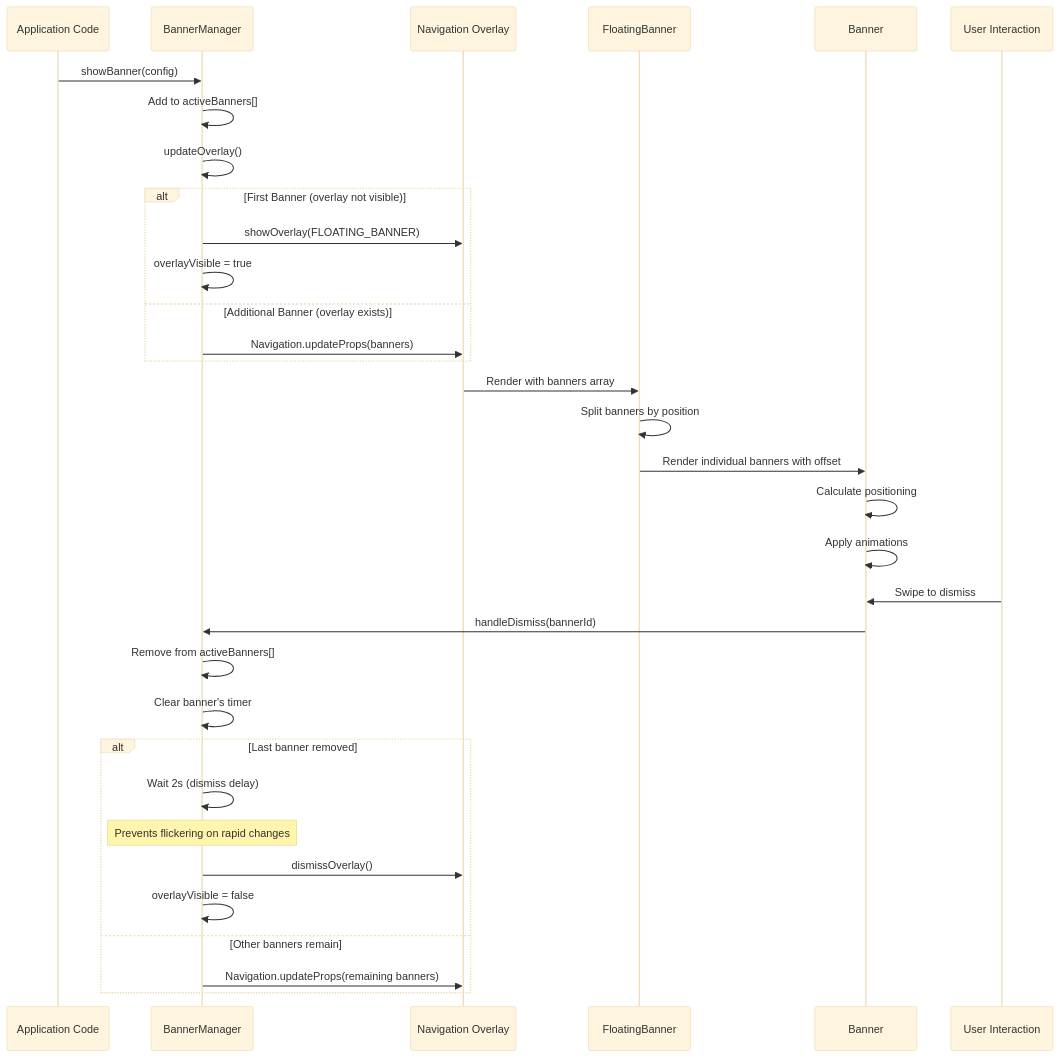
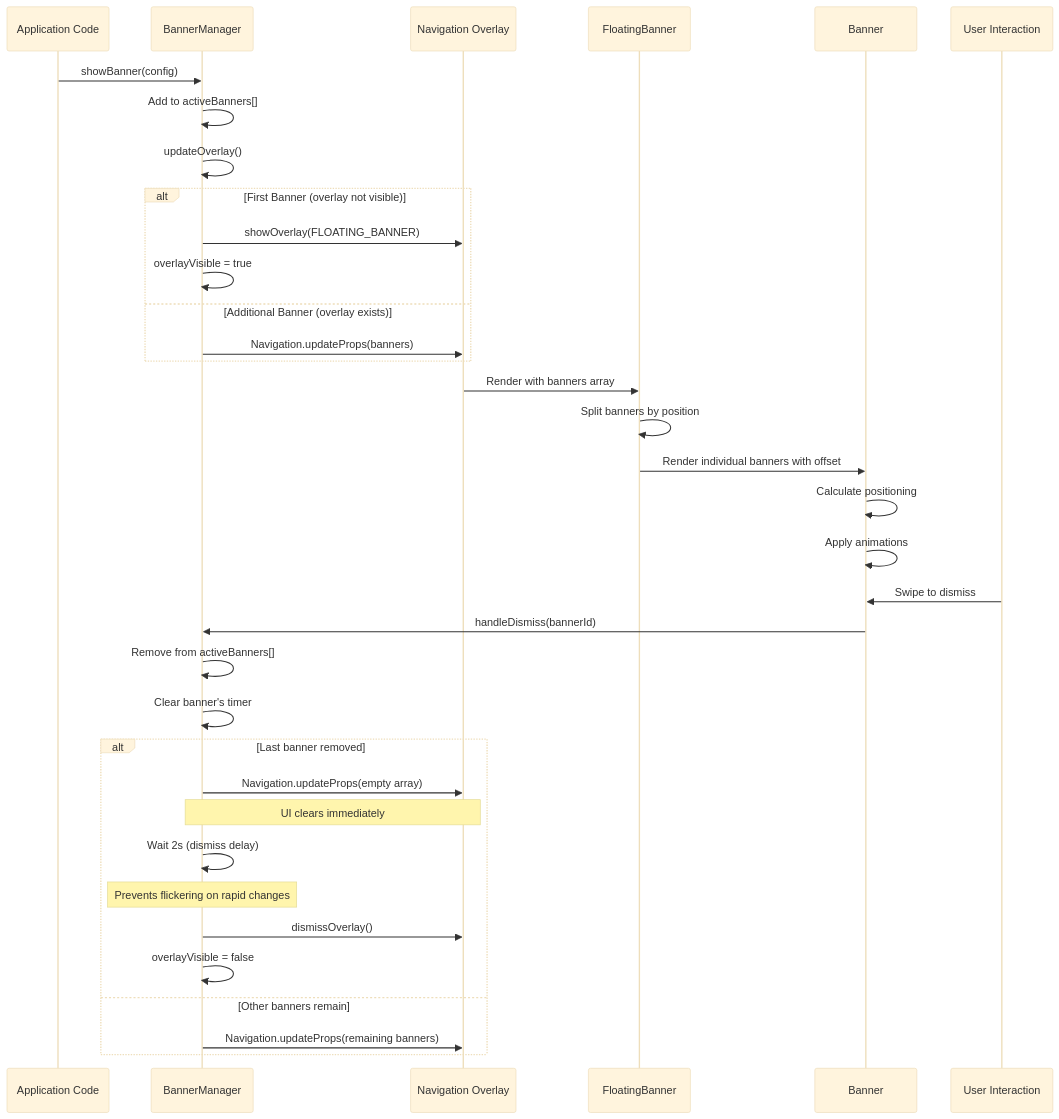
Before and after one commit to mattermost/mattermost-mobile: the fifth of 8 diagrams in floating-banner.md, drawn with Mermaid (base theme). The commit also changed other lines of this file and 1 other file, not shown here.

````diff
--- a/floating-banner.md
+++ b/floating-banner.md
@@ -135,40 +135,42 @@
 ```mermaid
 sequenceDiagram
     participant App as Application Code
     participant BM as BannerManager
     participant Overlay as Navigation Overlay
     participant FB as FloatingBanner
     participant B as Banner
     participant User as User Interaction
     
     App->>BM: showBanner(config)
     BM->>BM: Add to activeBanners[]
     BM->>BM: updateOverlay()
     
     alt First Banner (overlay not visible)
         BM->>Overlay: showOverlay(FLOATING_BANNER)
         BM->>BM: overlayVisible = true
     else Additional Banner (overlay exists)
         BM->>Overlay: Navigation.updateProps(banners)
     end
     
     Overlay->>FB: Render with banners array
     FB->>FB: Split banners by position
     FB->>B: Render individual banners with offset
     B->>B: Calculate positioning
     B->>B: Apply animations
     
     User->>B: Swipe to dismiss
     B->>BM: handleDismiss(bannerId)
     BM->>BM: Remove from activeBanners[]
     BM->>BM: Clear banner's timer
     
     alt Last banner removed
+        BM->>Overlay: Navigation.updateProps(empty array)
+        Note over BM,Overlay: UI clears immediately
         BM->>BM: Wait 2s (dismiss delay)
         Note over BM: Prevents flickering on rapid changes
         BM->>Overlay: dismissOverlay()
         BM->>BM: overlayVisible = false
     else Other banners remain
         BM->>Overlay: Navigation.updateProps(remaining banners)
     end
 ```
````
